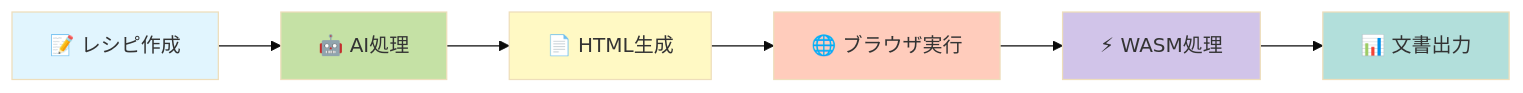
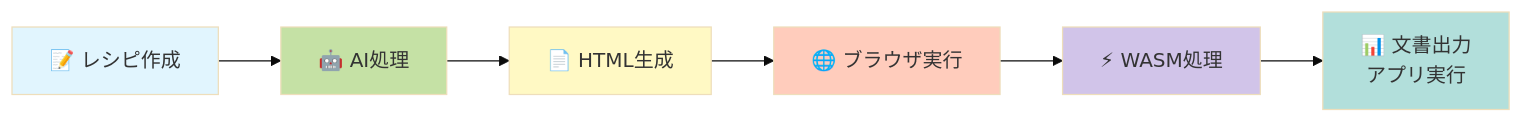
The first of 4 diagrams in README.md (HarmoniaEpic/text-to-officefile-or-wasmapp-recipes), drawn with Mermaid (base theme) before and after one commit.

````diff
--- a/README.md
+++ b/README.md
@@ -30,15 +30,15 @@
 ```mermaid
 graph LR
     RS1[📝 レシピ作成] --> RS2[🤖 AI処理]
     RS2 --> RS3[📄 HTML生成]
     RS3 --> RS4[🌐 ブラウザ実行]
     RS4 --> RS5[⚡ WASM処理]
-    RS5 --> RS6[📊 文書出力]
+    RS5 --> RS6[📊 文書出力<br/>アプリ実行]
     
     style RS1 fill:#e1f5fe
     style RS2 fill:#c5e1a5
     style RS3 fill:#fff9c4
     style RS4 fill:#ffccbc
     style RS5 fill:#d1c4e9
     style RS6 fill:#b2dfdb
 ```
````
